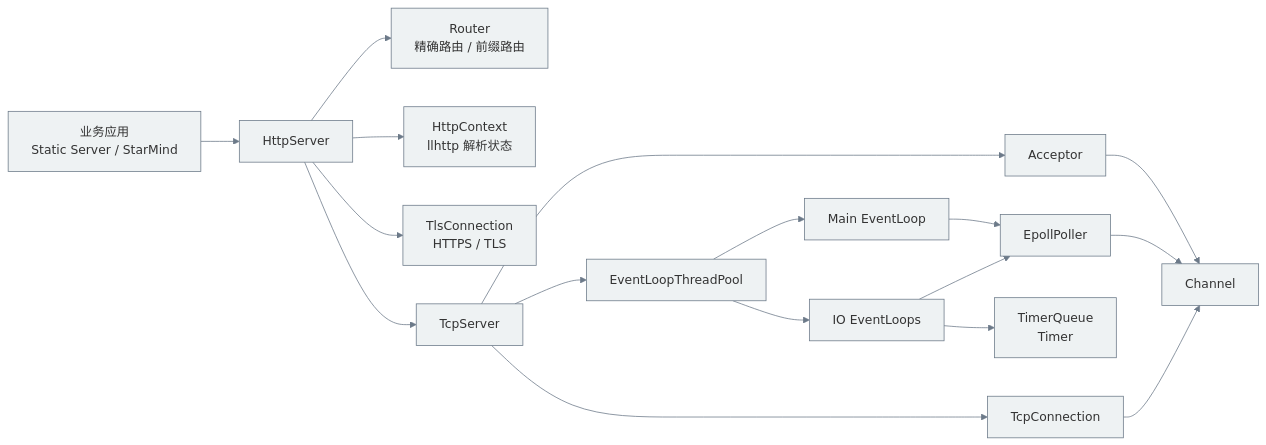
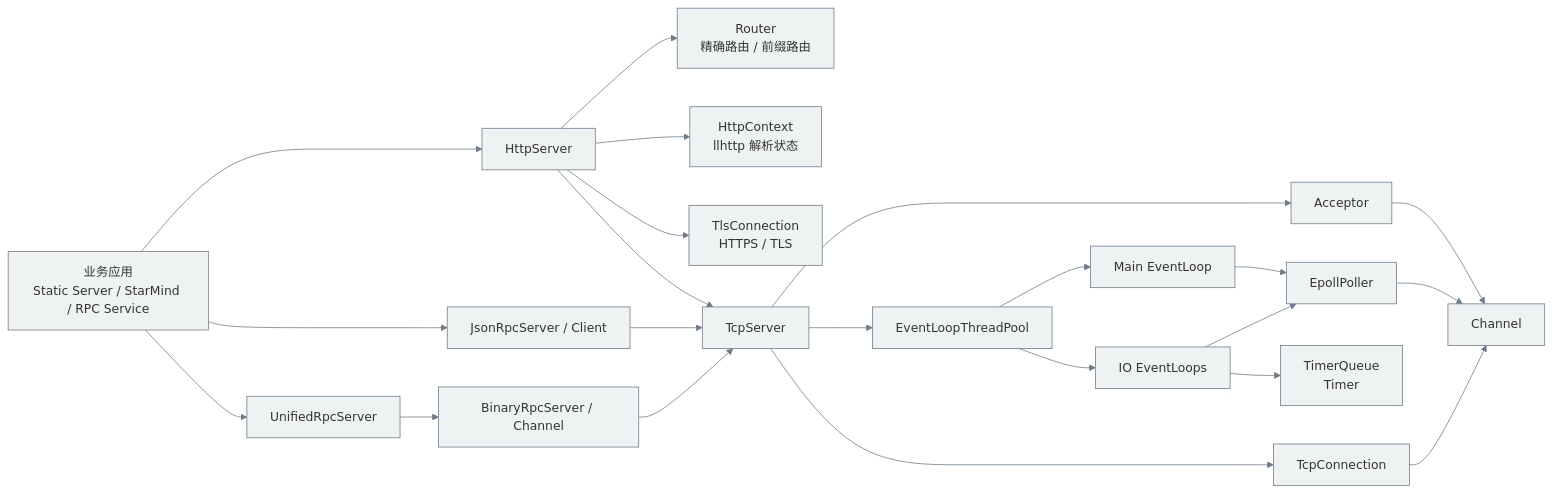
One commit to WenXingming/Tudou changed the second of 2 diagrams in README.md. Above: the diagram before and after it, drawn with Mermaid. The commit also changed other lines of this file, not shown here.

````diff
--- a/README.md
+++ b/README.md
@@ -127,38 +129,44 @@
 ```mermaid
 %%{init: {
     "theme": "base",
     "themeVariables": {
         "fontFamily": "Inter, Helvetica, sans-serif",
         "fontSize": "16px",
         "primaryColor": "#eef2f3",
         "primaryTextColor": "#333",
         "primaryBorderColor": "#6c7a89",
         "lineColor": "#6c7a89"
     }
 }}%%
 flowchart LR
-    App[业务应用\nStatic Server / StarMind] --> HttpServer[HttpServer]
+    App[业务应用\nStatic Server / StarMind / RPC Service] --> HttpServer[HttpServer]
     HttpServer --> Router[Router\n精确路由 / 前缀路由]
     HttpServer --> HttpContext[HttpContext\nllhttp 解析状态]
     HttpServer --> Tls[TlsConnection\nHTTPS / TLS]
     HttpServer --> TcpServer[TcpServer]
+
+    App --> JsonRpc[JsonRpcServer / Client]
+    App --> UnifiedRpc[UnifiedRpcServer]
+    UnifiedRpc --> BinaryRpc[BinaryRpcServer / Channel]
+    JsonRpc --> TcpServer
+    BinaryRpc --> TcpServer
 
     TcpServer --> Acceptor[Acceptor]
     Acceptor --> Channel[Channel]
 
     TcpServer --> Pool[EventLoopThreadPool]
     Pool --> MainLoop[Main EventLoop]
     MainLoop --> Poller[EpollPoller]
     Poller --> Channel
     Pool --> IoLoops[IO EventLoops]
     IoLoops --> Poller
     IoLoops --> TimerQueue[TimerQueue \n Timer]
   
 
     TcpServer --> Conn[TcpConnection]
     Conn --> Channel
 
     class App,HttpServer,Router,HttpContext,Tls httpNode
     class TcpServer,Acceptor,Conn,Buffer,Heartbeat tcpNode
     class Pool,MainLoop,IoLoops,Poller,Channel,TimerQueue reactorNode
 ```
````
